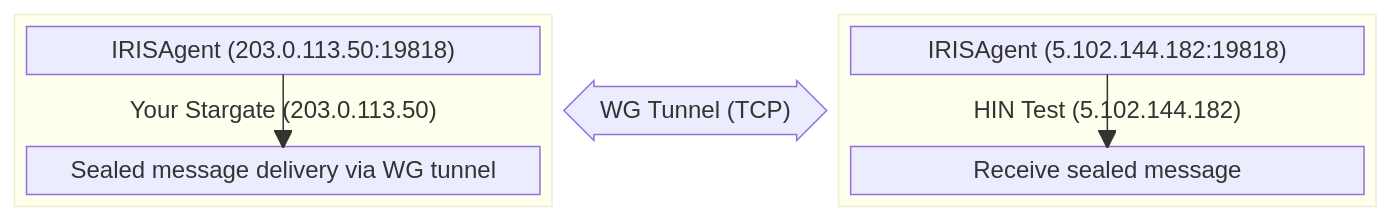
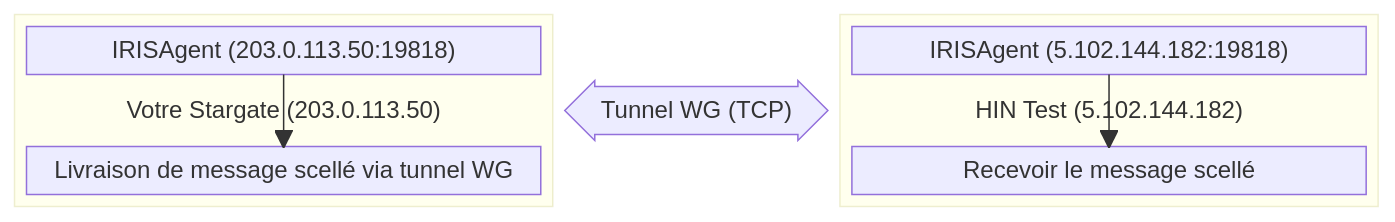
The first of 2 diagrams in docs/fr/Docker-advanced.md (Health-Info-Net-AG/Stargate-deployment), drawn with Mermaid before and after one commit. The commit also changed other lines of this file and 19 other files, not shown here.

````diff
--- a/docs/fr/Docker-advanced.md
+++ b/docs/fr/Docker-advanced.md
@@ -501,23 +505,23 @@
 ```mermaid
 block
 columns 5
-  block:Stargate["Your Stargate (203.0.113.50)"]:2
+  block:Stargate["Votre Stargate (203.0.113.50)"]:2
     columns 1
     A
     space
     A --> B
     A["IRISAgent (203.0.113.50:19818)"]
-    B["Sealed message delivery via WG tunnel"]
+    B["Livraison de message scellé via tunnel WG"]
   end
 
-  blockArrowId1<["WG Tunnel (TCP)"]>(x):1
+  blockArrowId1<["Tunnel WG (TCP)"]>(x):1
 
   block:mxengine["HIN Test (5.102.144.182)"]:2
     columns 1
     C
     space
     C --> D
     C["IRISAgent (5.102.144.182:19818)"]
-    D["Receive sealed message"]
+    D["Recevoir le message scellé"]
   end
 ```
````
